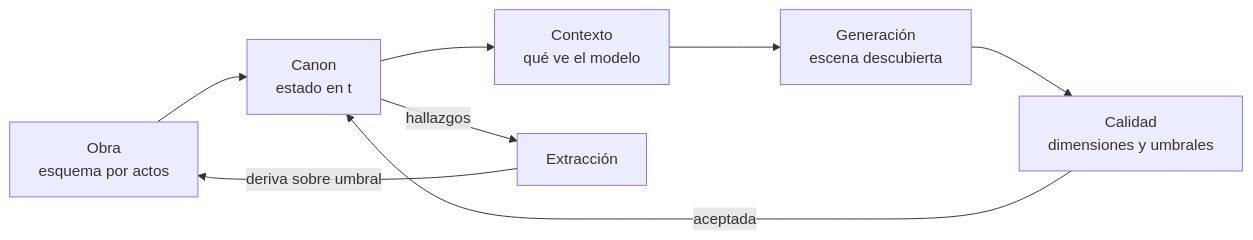
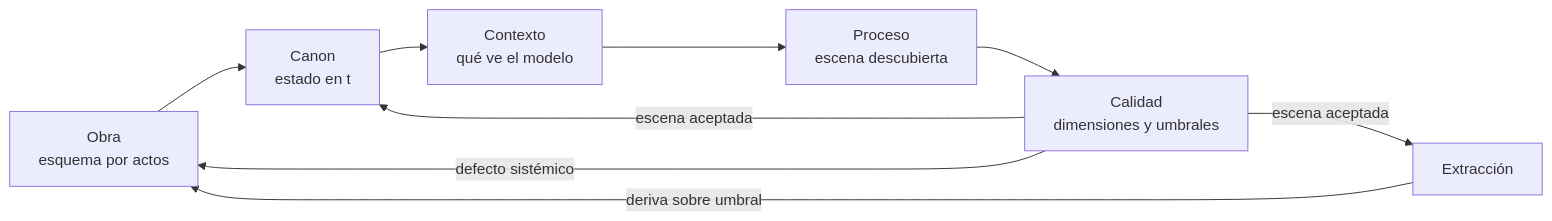
One commit to BrunoCrz3/MyStory changed the first of 20 diagrams in docs/domain-knowledge.md. Above: the diagram before and after it, drawn with Mermaid. The commit also changed other lines of this file and 1 other file, not shown here.

````diff
--- a/docs/domain-knowledge.md
+++ b/docs/domain-knowledge.md
@@ -11,10 +11,11 @@
 ```mermaid
 flowchart LR
   OBRA[Obra<br/>esquema por actos] --> CANON[Canon<br/>estado en t]
   CANON --> CTX[Contexto<br/>qué ve el modelo]
-  CTX --> GEN[Generación<br/>escena descubierta]
-  GEN --> CAL[Calidad<br/>dimensiones y umbrales]
-  CAL -->|aceptada| CANON
-  CANON -->|hallazgos| EXT[Extracción]
+  CTX --> PRC[Proceso<br/>escena descubierta]
+  PRC --> CAL[Calidad<br/>dimensiones y umbrales]
+  CAL -->|escena aceptada| CANON
+  CAL -->|escena aceptada| EXT[Extracción]
+  CAL -->|defecto sistémico| OBRA
   EXT -->|deriva sobre umbral| OBRA
 ```
````
